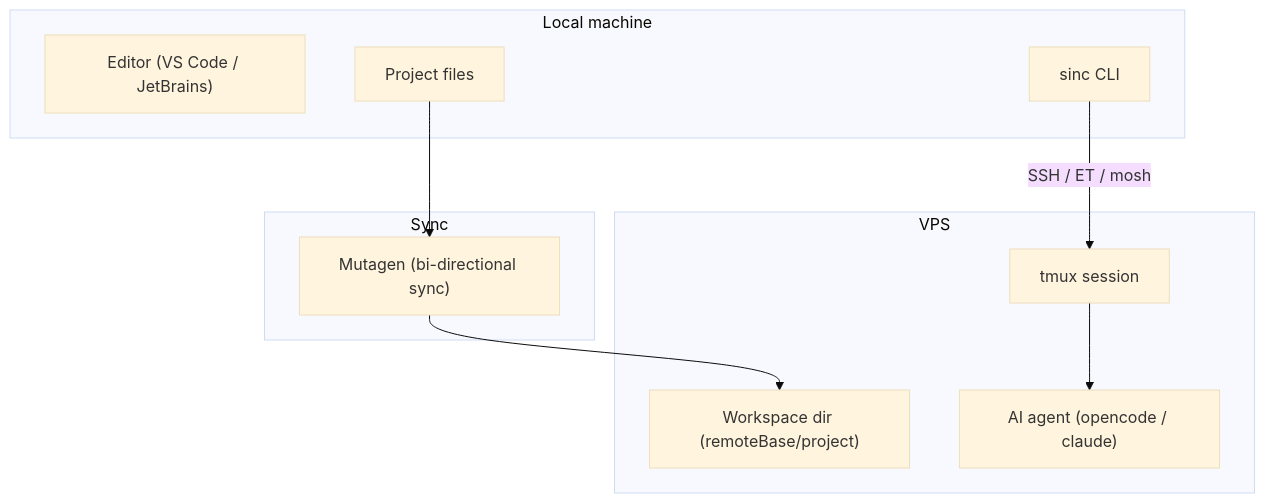
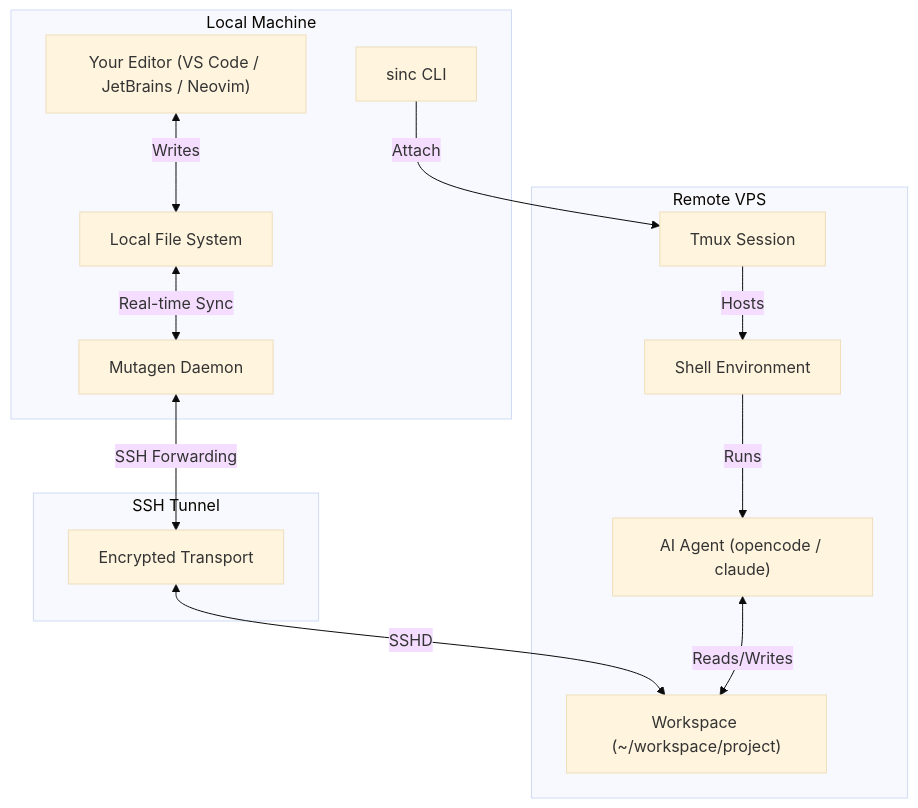
One commit to Microck/sincronizado changed the diagram in docs/architecture.mdx. Above: the diagram before and after it, drawn with Mermaid (base theme). The commit also changed other lines of this file and 17 other files, not shown here.

Commit message:
docs: complete overhaul of documentation files feat: improve mutagen sync options and error handling

````diff
--- a/docs/architecture.mdx
+++ b/docs/architecture.mdx
@@ -10,24 +12,30 @@
 ```mermaid
 graph TB
-  subgraph Local["Local machine"]
-    Editor["Editor (VS Code / JetBrains)"]
+  subgraph Local["Local Machine"]
+    Editor["Your Editor (VS Code / JetBrains / Neovim)"]
     Sinc["sinc CLI"]
-    Files["Project files"]
+    Files["Local File System"]
+    MutDaemon["Mutagen Daemon"]
   end
 
-  subgraph Sync["Sync"]
-    Mut["Mutagen (bi-directional sync)"]
+  subgraph Tunnel["SSH Tunnel"]
+    Transport["Encrypted Transport"]
   end
 
-  subgraph VPS["VPS"]
-    RemoteDir["Workspace dir (remoteBase/project)"]
-    Tmux["tmux session"]
-    Agent["AI agent (opencode / claude)"]
+  subgraph VPS["Remote VPS"]
+    RemoteDir["Workspace (~/workspace/project)"]
+    Tmux["Tmux Session"]
+    Agent["AI Agent (opencode / claude)"]
+    Shell["Shell Environment"]
   end
 
-  Files --> Mut
-  Mut --> RemoteDir
-
-  Sinc -->|"SSH / ET / mosh"| Tmux
-  Tmux --> Agent
+  Editor <-->|Writes| Files
+  Files <-->|Real-time Sync| MutDaemon
+  MutDaemon <-->|SSH Forwarding| Transport
+  Transport <-->|SSHD| RemoteDir
+  
+  Sinc -->|Attach| Tmux
+  Tmux -->|Hosts| Shell
+  Shell -->|Runs| Agent
+  Agent <-->|Reads/Writes| RemoteDir
 ```
````
